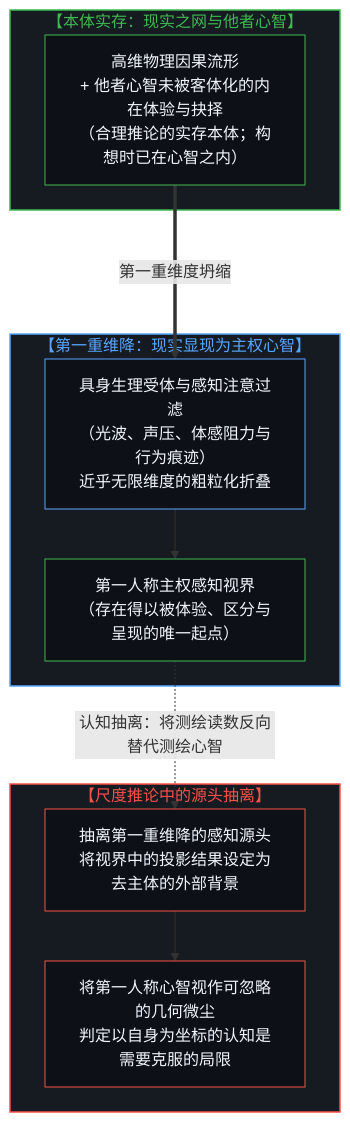
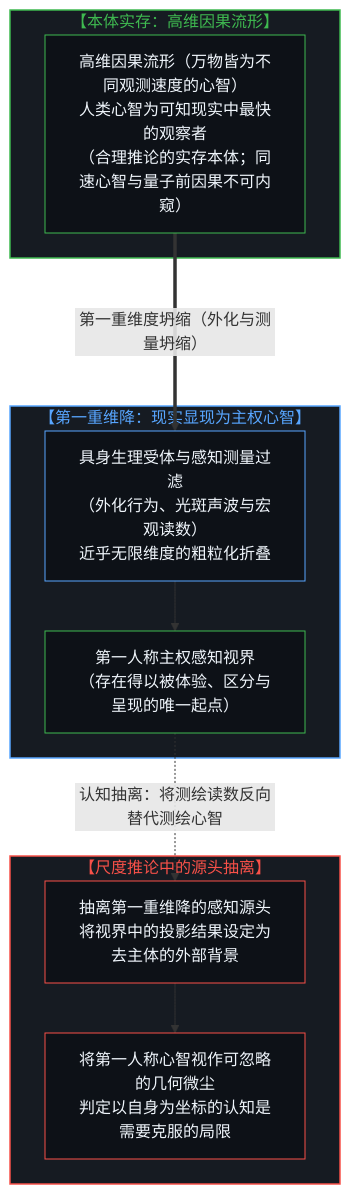
One commit to powerpig99/not-a-toe changed the first of 8 diagrams in content/posts/one-cannot-escape-ones-own-mind.md. Above: the diagram before and after it, drawn with Mermaid. The commit also changed other lines of this file and 2 other files, not shown here.

````diff
--- a/content/posts/one-cannot-escape-ones-own-mind.md
+++ b/content/posts/one-cannot-escape-ones-own-mind.md
@@ -13,30 +15,30 @@
 ```mermaid
 flowchart TD
-    subgraph S_RealityOrigin ["【本体实存：现实之网与他者心智】"]
-        R1["高维物理因果流形<br/>+ 他者心智未被客体化的内在体验与抉择<br/>（合理推论的实存本体；构想时已在心智之内）"]
+    subgraph S_RealityOrigin ["【本体实存：高维因果流形】"]
+        R1["高维因果流形（万物皆为不同观测速度的心智）<br/>人类心智为可知现实中最快的观察者<br/>（合理推论的实存本体；同速心智与量子前因果不可内窥）"]
     end
 
     subgraph S_FirstCollapse ["【第一重维降：现实显现为主权心智】"]
-        C1["具身生理受体与感知注意过滤<br/>（光波、声压、体感阻力与行为痕迹）<br/>近乎无限维度的粗粒化折叠"]
+        C1["具身生理受体与感知测量过滤<br/>（外化行为、光斑声波与宏观读数）<br/>近乎无限维度的粗粒化折叠"]
         M1["第一人称主权感知视界<br/>（存在得以被体验、区分与呈现的唯一起点）"]
         C1 --> M1
     end
 
     subgraph S_TheftInversion ["【尺度推论中的源头抽离】"]
         T1["抽离第一重维降的感知源头<br/>将视界中的投影结果设定为去主体的外部背景"]
         T2["将第一人称心智视作可忽略的几何微尘<br/>判定以自身为坐标的认知是需要克服的局限"]
         T1 --> T2
     end
 
-    R1 ===>|"第一重维度坍缩"| C1
+    R1 ===>|"第一重维度坍缩（外化与测量坍缩）"| C1
     M1 -.->|"认知抽离：将测绘读数反向替代测绘心智"| T1
 
     style S_RealityOrigin fill:#161b22,stroke:#3fb950,stroke-width:1.5px,color:#3fb950
     style S_FirstCollapse fill:#161b22,stroke:#58a6ff,stroke-width:1.5px,color:#58a6ff
     style S_TheftInversion fill:#161b22,stroke:#f85149,stroke-width:1.5px,color:#f85149
     style R1 fill:#0d1117,stroke:#3fb950,stroke-width:1px,color:#f0f6fc
     style C1 fill:#0d1117,stroke:#58a6ff,stroke-width:1px,color:#f0f6fc
     style M1 fill:#0d1117,stroke:#3fb950,stroke-width:1px,color:#f0f6fc
     style T1 fill:#0d1117,stroke:#f85149,stroke-width:1px,color:#f0f6fc
     style T2 fill:#0d1117,stroke:#f85149,stroke-width:1px,color:#f0f6fc
 ```
````
